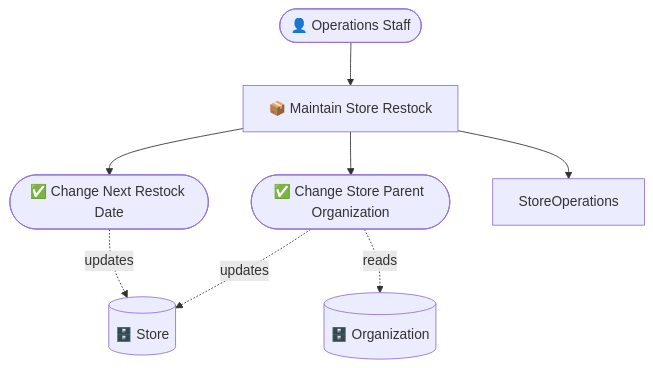
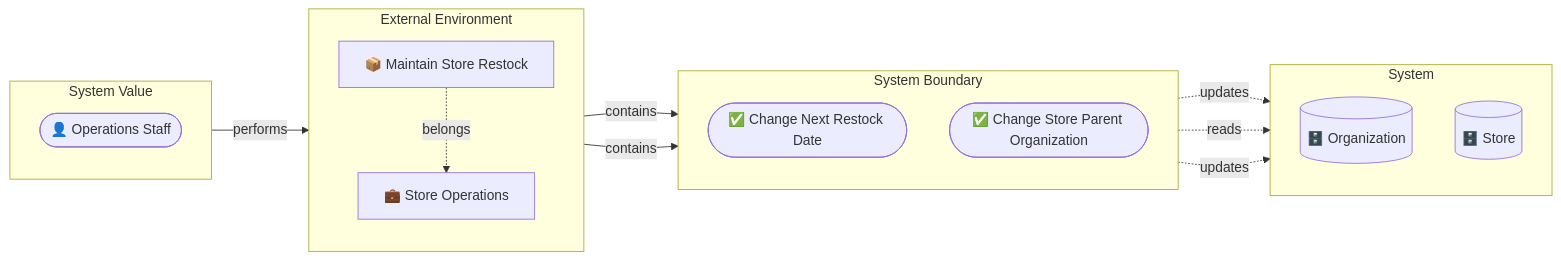
Before and after one commit to manji-0/rdra-ish-dsl: the first of 3 diagrams in samples/incremental-order/step-2-data-touchpoints/design.md, drawn with Mermaid. The commit also changed other lines of this file and 122 other files, not shown here.

Commit message:
feat: align diagram layers

````diff
--- a/samples/incremental-order/step-2-data-touchpoints/design.md
+++ b/samples/incremental-order/step-2-data-touchpoints/design.md
@@ -48,16 +48,29 @@
 ```mermaid
-graph TD
-  OpsStaff(["👤 Operations Staff"])
-  ChangeNextRestockDate(["✅ Change Next Restock Date"])
-  ChangeStoreParentOrganization(["✅ Change Store Parent Organization"])
-  BucStoreRestock["📦 Maintain Store Restock"]
-  Organization[("🗄️ Organization")]
-  Store[("🗄️ Store")]
-  OpsStaff --> BucStoreRestock
-  BucStoreRestock --> StoreOperations
-  BucStoreRestock --> ChangeNextRestockDate
-  BucStoreRestock --> ChangeStoreParentOrganization
+flowchart LR
+  subgraph layer_value[System Value]
+    direction TB
+    OpsStaff(["👤 Operations Staff"])
+  end
+  subgraph layer_environment[External Environment]
+    direction TB
+    StoreOperations["💼 Store Operations"]
+    BucStoreRestock["📦 Maintain Store Restock"]
+  end
+  subgraph layer_boundary[System Boundary]
+    direction TB
+    ChangeNextRestockDate(["✅ Change Next Restock Date"])
+    ChangeStoreParentOrganization(["✅ Change Store Parent Organization"])
+  end
+  subgraph layer_system[System]
+    direction TB
+    Organization[("🗄️ Organization")]
+    Store[("🗄️ Store")]
+  end
+  OpsStaff -->|performs| BucStoreRestock
+  BucStoreRestock -.->|belongs| StoreOperations
+  BucStoreRestock -->|contains| ChangeNextRestockDate
+  BucStoreRestock -->|contains| ChangeStoreParentOrganization
   ChangeNextRestockDate -.->|updates| Store
+  ChangeStoreParentOrganization -.->|reads| Organization
   ChangeStoreParentOrganization -.->|updates| Store
-  ChangeStoreParentOrganization -.->|reads| Organization
 ```
````
